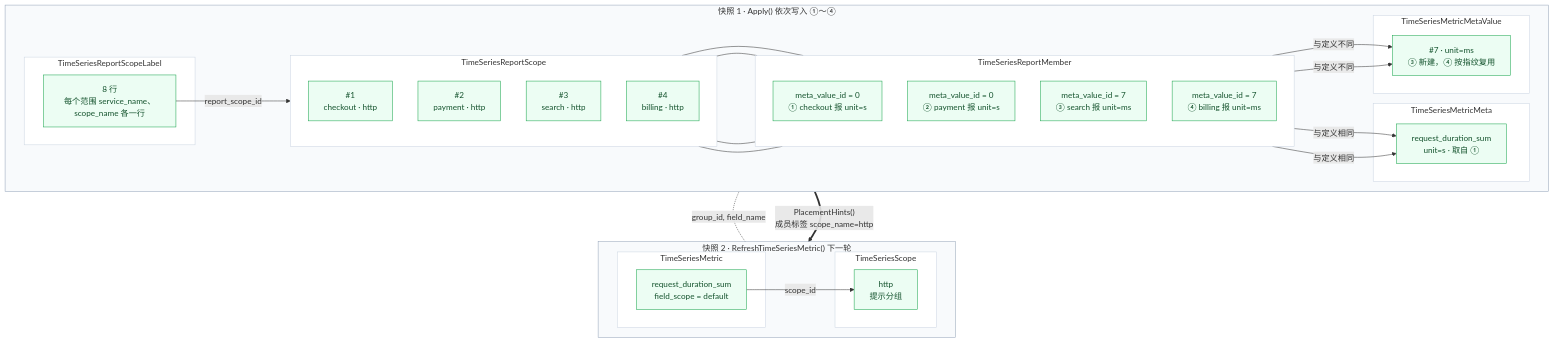
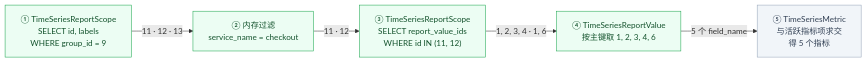
Before and after one commit to ZhuoZhuoCrayon/ai-workspace: diagram 16 of 28 in knowledge/bkmonitor/issues/2026-09-15-custom-metric-metadata/PLAN.md, drawn with Mermaid. The commit also changed other lines of this file and 12 other files, not shown here.

Commit message:
docs(issue): switch custom metric metadata to value dedup plan with final retest

````diff
--- a/knowledge/bkmonitor/issues/2026-09-15-custom-metric-metadata/PLAN.md
+++ b/knowledge/bkmonitor/issues/2026-09-15-custom-metric-metadata/PLAN.md
@@ -789,57 +1164,13 @@
 ```mermaid
-%%{init: {"themeVariables": {"clusterBkg": "#ffffff", "clusterBorder": "#cbd5e1"}}}%%
-flowchart TB
-    subgraph P1["快照 1 · Apply() 依次写入 ①～④"]
-        direction LR
-        subgraph S1["TimeSeriesReportScopeLabel"]
-            L1["8 行<br/>每个范围 service_name、scope_name 各一行"]
-        end
-        subgraph R1["TimeSeriesReportScope"]
-            direction TB
-            R1a["#1<br/>checkout · http"]
-            R1b["#2<br/>payment · http"]
-            R1c["#3<br/>search · http"]
-            R1d["#4<br/>billing · http"]
-        end
-        subgraph M1["TimeSeriesReportMember"]
-            direction TB
-            M1a["meta_value_id = 0<br/>① checkout 报 unit=s"]
-            M1b["meta_value_id = 0<br/>② payment 报 unit=s"]
-            M1c["meta_value_id = 7<br/>③ search 报 unit=ms"]
-            M1d["meta_value_id = 7<br/>④ billing 报 unit=ms"]
-        end
-        subgraph D1["TimeSeriesMetricMeta"]
-            D1a["request_duration_sum<br/>unit=s · 取自 ①"]
-        end
-        subgraph V1["TimeSeriesMetricMetaValue"]
-            V1a["#7 · unit=ms<br/>③ 新建，④ 按指纹复用"]
-        end
-        L1 -->|"report_scope_id"| R1
-        R1a --- M1a
-        R1b --- M1b
-        R1c --- M1c
-        R1d --- M1d
-        M1a -->|"与定义相同"| D1a
-        M1b -->|"与定义相同"| D1a
-        M1c -->|"与定义不同"| V1a
-        M1d -->|"与定义不同"| V1a
-    end
-    subgraph P2["快照 2 · RefreshTimeSeriesMetric() 下一轮"]
-        direction LR
-        subgraph G2["TimeSeriesScope"]
-            G2a["http<br/>提示分组"]
-        end
-        subgraph T2["TimeSeriesMetric"]
-            T2a["request_duration_sum<br/>field_scope = default"]
-        end
-        T2a -->|"scope_id"| G2a
-    end
-    P1 ==>|"PlacementHints()<br/>成员标签 scope_name=http"| P2
-    D1a -.-|"group_id, field_name"| T2a
-
-    style P1 fill:#f8fafc,stroke:#94a3b8
-    style P2 fill:#f8fafc,stroke:#94a3b8
+%%{init: {"flowchart": {"nodeSpacing": 24, "rankSpacing": 40, "wrappingWidth": 400}}}%%
+flowchart LR
+    Q1["① TimeSeriesReportScope<br/>SELECT id, labels<br/>WHERE group_id = 9"] -->|"11 · 12 · 13"| F1["② 内存过滤<br/>service_name = checkout"]
+    F1 -->|"11 · 12"| Q2["③ TimeSeriesReportScope<br/>SELECT report_value_ids<br/>WHERE id IN (11, 12)"]
+    Q2 -->|"1, 2, 3, 4 · 1, 6"| Q3["④ TimeSeriesReportValue<br/>按主键取 1, 2, 3, 4, 6"]
+    Q3 -->|"5 个 field_name"| Q4["⑤ TimeSeriesMetric<br/>与活跃指标项求交<br/>得 5 个指标"]
 
     classDef add fill:#ecfdf3,stroke:#16a34a,color:#14532d
-    class L1,R1a,R1b,R1c,R1d,M1a,M1b,M1c,M1d,D1a,V1a,G2a,T2a add
+    classDef old fill:#f1f5f9,stroke:#94a3b8,color:#334155
+    class Q1,F1,Q2,Q3 add
+    class Q4 old
 ```
````
